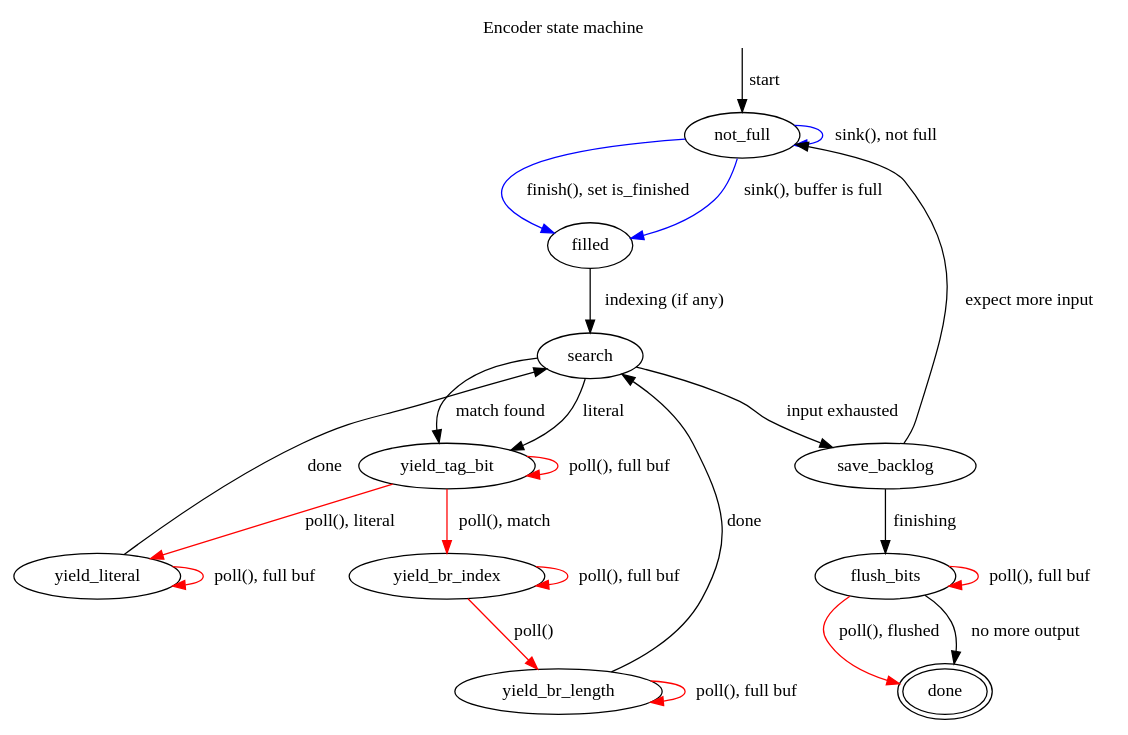
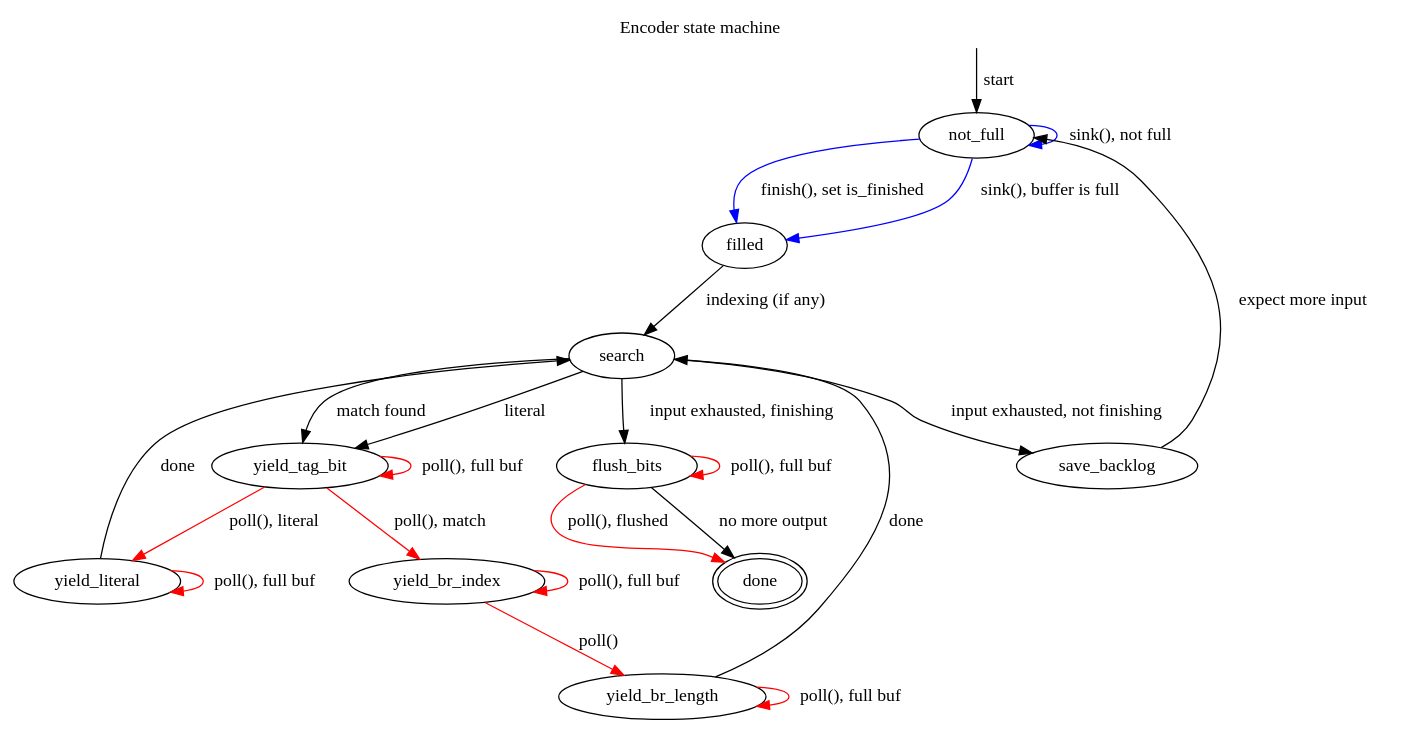
Before and after one commit to atomicobject/heatshrink: the diagram in enc_sm.dot, drawn with Graphviz. The commit also changed 1 other file, not shown here.

```diff
--- a/enc_sm.dot
+++ b/enc_sm.dot
@@ -1,46 +1,46 @@
 digraph {
         graph [label="Encoder state machine", labelloc="t"]
         start [style="invis", shape="point"]
         not_full
         filled
         search
         yield_tag_bit
         yield_literal
         yield_br_length
         yield_br_index
         save_backlog
         flush_bits
         done [peripheries=2]
 
         start->not_full [label="start"]
 
         not_full->not_full [label="sink(), not full", color="blue"]
         not_full->filled [label="sink(), buffer is full", color="blue"]
         not_full->filled [label="finish(), set is_finished", color="blue"]
 
         filled->search [label="indexing (if any)"]
 
         search->yield_tag_bit [label="literal"]
         search->yield_tag_bit [label="match found"]
-        search->save_backlog [label="input exhausted"]
+        search->save_backlog [label="input exhausted, not finishing"]
+        search->flush_bits [label="input exhausted, finishing"]
 
         yield_tag_bit->yield_tag_bit [label="poll(), full buf", color="red"]
         yield_tag_bit->yield_literal [label="poll(), literal", color="red"]
         yield_tag_bit->yield_br_index [label="poll(), match", color="red"]
 
         yield_literal->yield_literal [label="poll(), full buf", color="red"]
         yield_literal->search [label="done"]
 
         yield_br_index->yield_br_index [label="poll(), full buf", color="red"]
         yield_br_index->yield_br_length [label="poll()", color="red"]
 
         yield_br_length->yield_br_length [label="poll(), full buf", color="red"]
         yield_br_length->search [label="done"]
 
-        save_backlog->flush_bits [label="finishing"]
         save_backlog->not_full [label="expect more input"]
 
         flush_bits->flush_bits [label="poll(), full buf", color="red"]
         flush_bits->done [label="poll(), flushed", color="red"]
         flush_bits->done [label="no more output"]
 }
```
